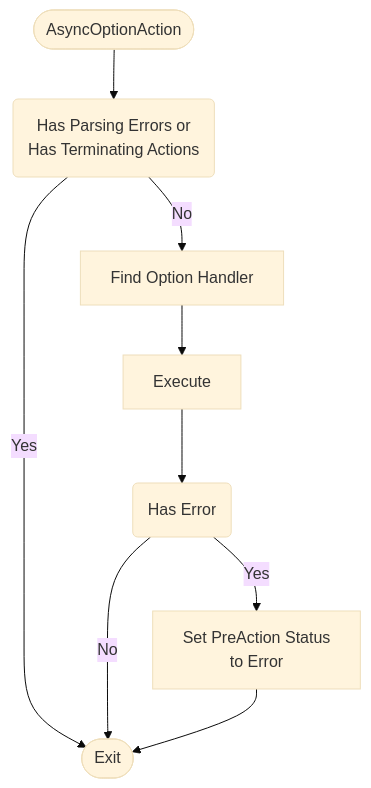
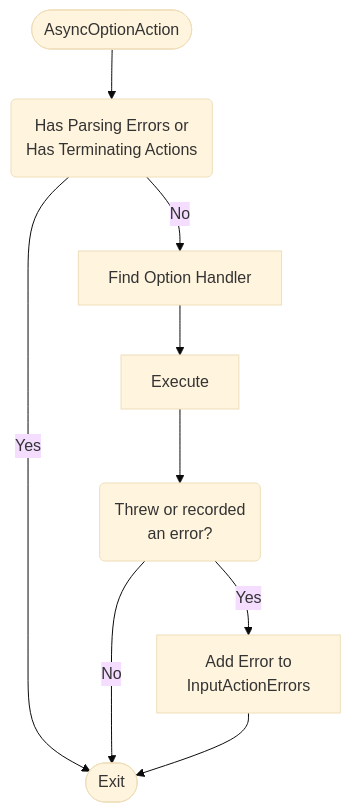
One commit to RushuiGuan/commandline changed the second of 3 diagrams in docfx_project/articles/execution-pipeline.md. Above: the diagram before and after it, drawn with Mermaid (base theme). The commit also changed other lines of this file and 38 other files, not shown here.

````diff
--- a/docfx_project/articles/execution-pipeline.md
+++ b/docfx_project/articles/execution-pipeline.md
@@ -54,11 +54,11 @@
 ```mermaid
 flowchart TD
     Start([AsyncOptionAction]) --> PreCheckFailure(Has Parsing Errors or<br>Has Terminating Actions)
     PreCheckFailure -->|Yes| Exit
     PreCheckFailure -->|No| FindOptionHandler[Find Option Handler]
     FindOptionHandler --> Execute
-    Execute --> ErrorCheck(Has Error)
-    ErrorCheck -->|Yes| SetError[Set PreAction Status<br>to Error]
+    Execute --> ErrorCheck(Threw or recorded<br>an error?)
+    ErrorCheck -->|Yes| SetError[Add Error to<br>InputActionErrors]
     ErrorCheck -->|No| Exit
     SetError --> Exit([Exit])
 ```
````
